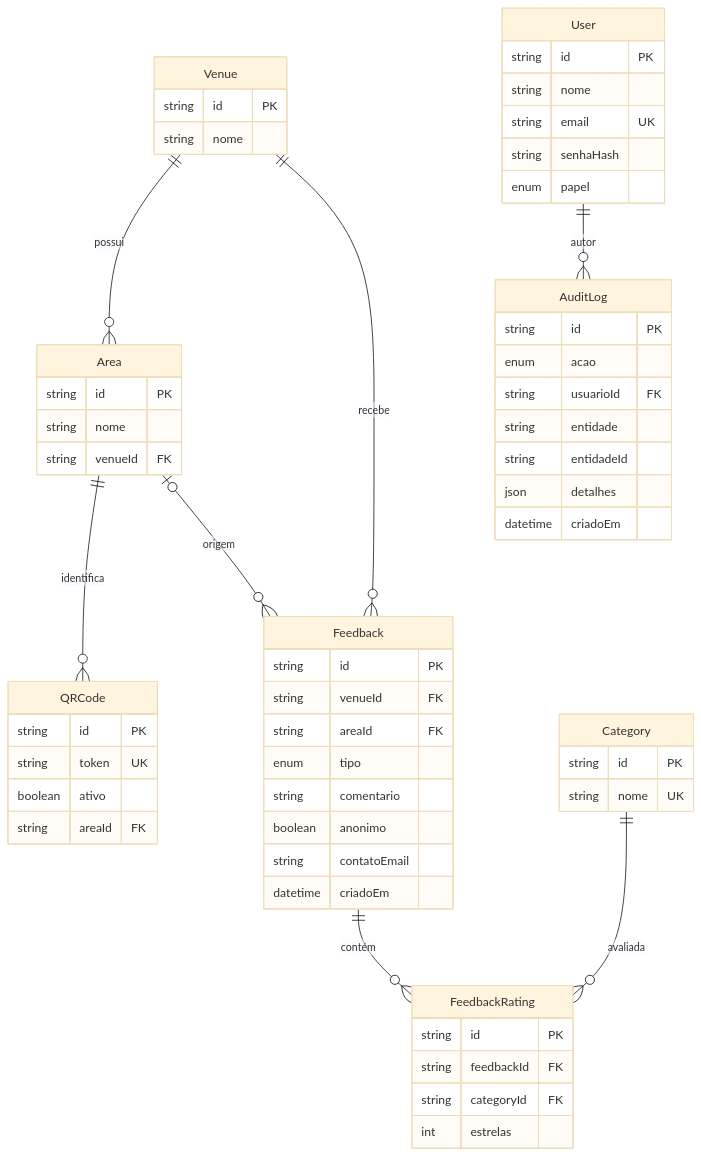
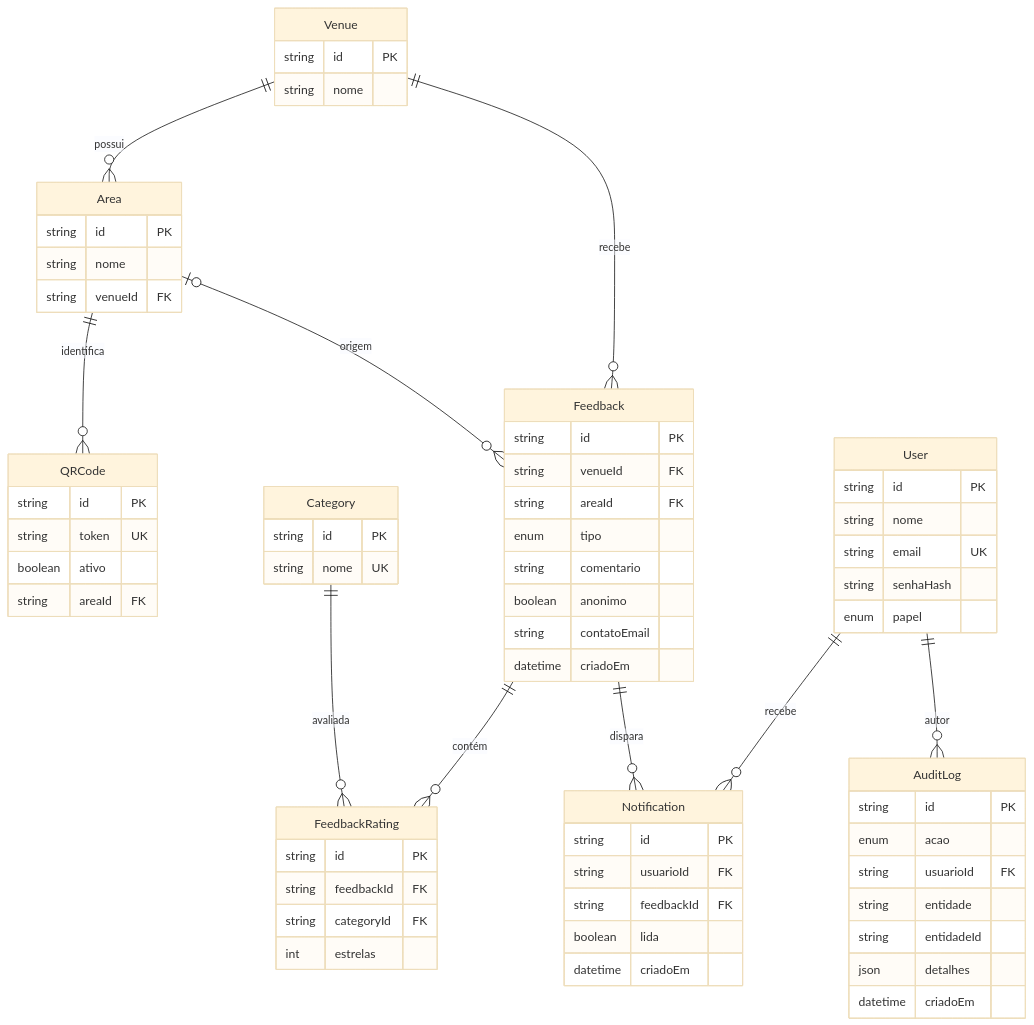
Before and after one commit to mendoncaluucas/ECHO: the diagram in docs/MODELO-DADOS.md, drawn with Mermaid (base theme). The commit also changed other lines of this file and 3 other files, not shown here.

````diff
--- a/docs/MODELO-DADOS.md
+++ b/docs/MODELO-DADOS.md
@@ -9,61 +9,70 @@
 ```mermaid
 erDiagram
     Venue    ||--o{ Area           : possui
     Area     ||--o{ QRCode         : identifica
     Venue    ||--o{ Feedback       : recebe
     Area     |o--o{ Feedback       : origem
     Feedback ||--o{ FeedbackRating : contém
     Category ||--o{ FeedbackRating : avaliada
     User     ||--o{ AuditLog       : autor
+    User     ||--o{ Notification   : recebe
+    Feedback ||--o{ Notification   : dispara
+    Notification {
+        string   id PK
+        string   usuarioId FK
+        string   feedbackId FK
+        boolean  lida
+        datetime criadoEm
+    }
     AuditLog {
         string   id PK
         enum     acao
         string   usuarioId FK
         string   entidade
         string   entidadeId
         json     detalhes
         datetime criadoEm
     }
     User     {
         string id PK
         string nome
         string email UK
         string senhaHash
         enum   papel
     }
     Venue {
         string id PK
         string nome
     }
     Area {
         string id PK
         string nome
         string venueId FK
     }
     QRCode {
         string  id PK
         string  token UK
         boolean ativo
         string  areaId FK
     }
     Category {
         string id PK
         string nome UK
     }
     Feedback {
         string   id PK
         string   venueId FK
         string   areaId FK
         enum     tipo
         string   comentario
         boolean  anonimo
         string   contatoEmail
         datetime criadoEm
     }
     FeedbackRating {
         string id PK
         string feedbackId FK
         string categoryId FK
         int    estrelas
     }
 ```
````
